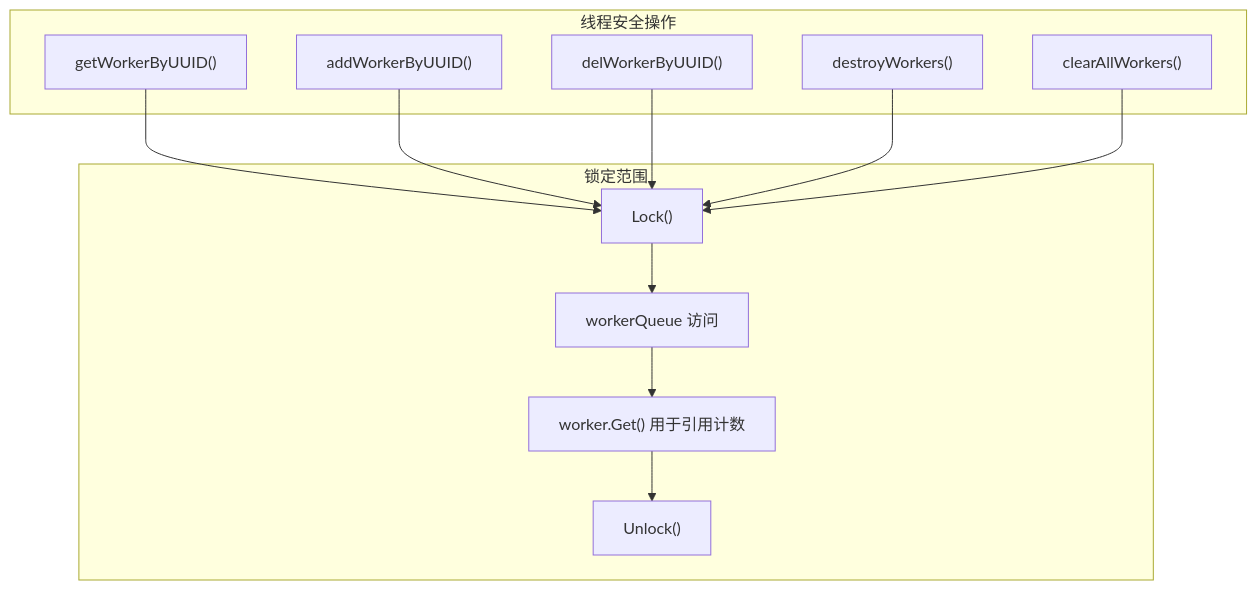
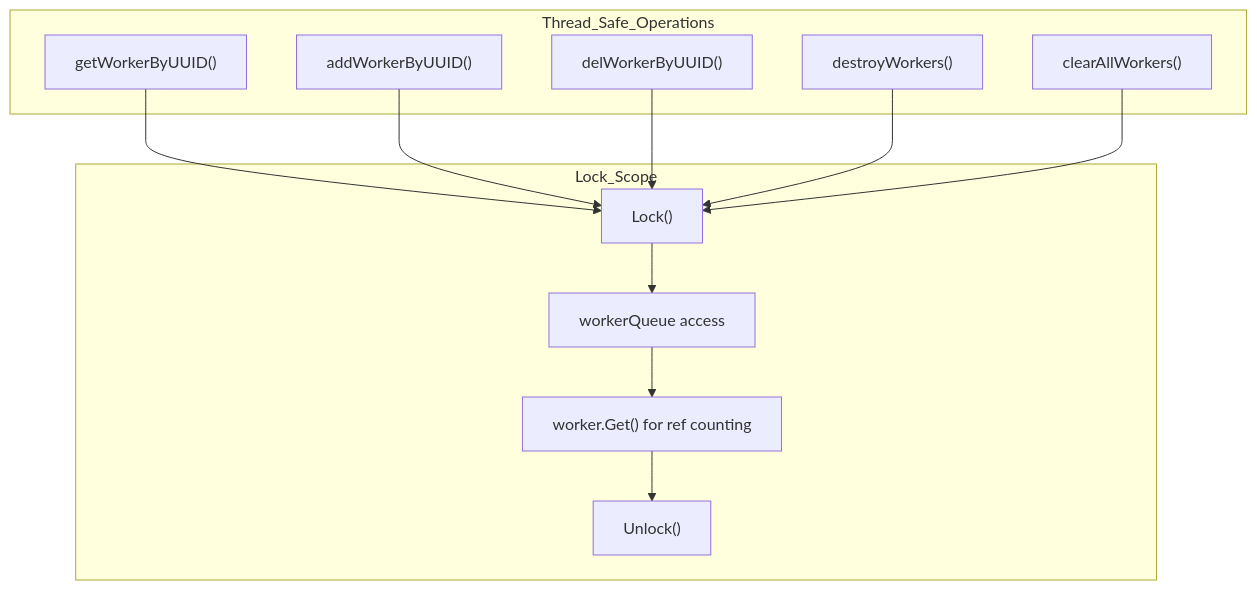
Before and after one commit to gojue/ecapture.cc: diagram 11 of 11 in src/zh/2-architecture/2.2-event-processing-pipeline.md, drawn with Mermaid. The commit also changed other lines of this file and 70 other files, not shown here.

Commit message:
feat: update sidebar and navigation links for architecture and shell command auditing sections

````diff
--- a/src/zh/2-architecture/2.2-event-processing-pipeline.md
+++ b/src/zh/2-architecture/2.2-event-processing-pipeline.md
@@ -1056,27 +1037,27 @@
 ```mermaid
 graph TB
-    subgraph "线程安全操作"
+    subgraph "Thread_Safe_Operations"
         Get["getWorkerByUUID()"]
         Add["addWorkerByUUID()"]
         Del["delWorkerByUUID()"]
         Destroy["destroyWorkers()"]
         Clear["clearAllWorkers()"]
     end
     
-    subgraph "锁定范围"
+    subgraph "Lock_Scope"
         Lock["Lock()"]
-        MapOp["workerQueue 访问"]
-        RefCount["worker.Get() 用于引用计数"]
+        MapOp["workerQueue access"]
+        RefCount["worker.Get() for ref counting"]
         Unlock["Unlock()"]
     end
     
     Get --> Lock
     Add --> Lock
     Del --> Lock
     Destroy --> Lock
     Clear --> Lock
     
     Lock --> MapOp
     MapOp --> RefCount
     RefCount --> Unlock
 ```
````
